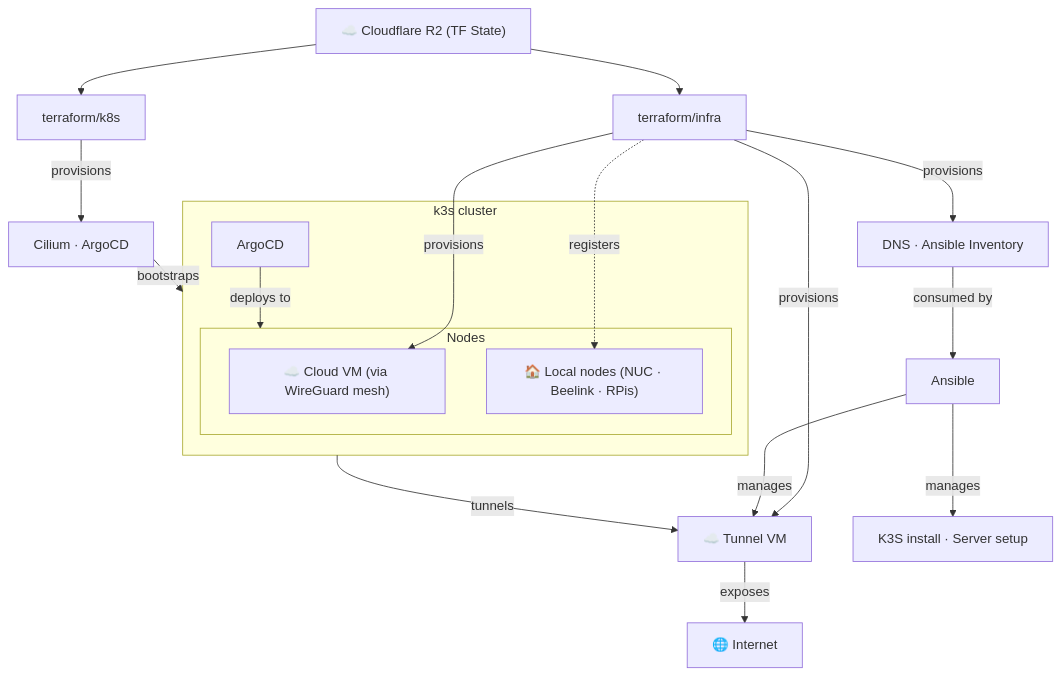
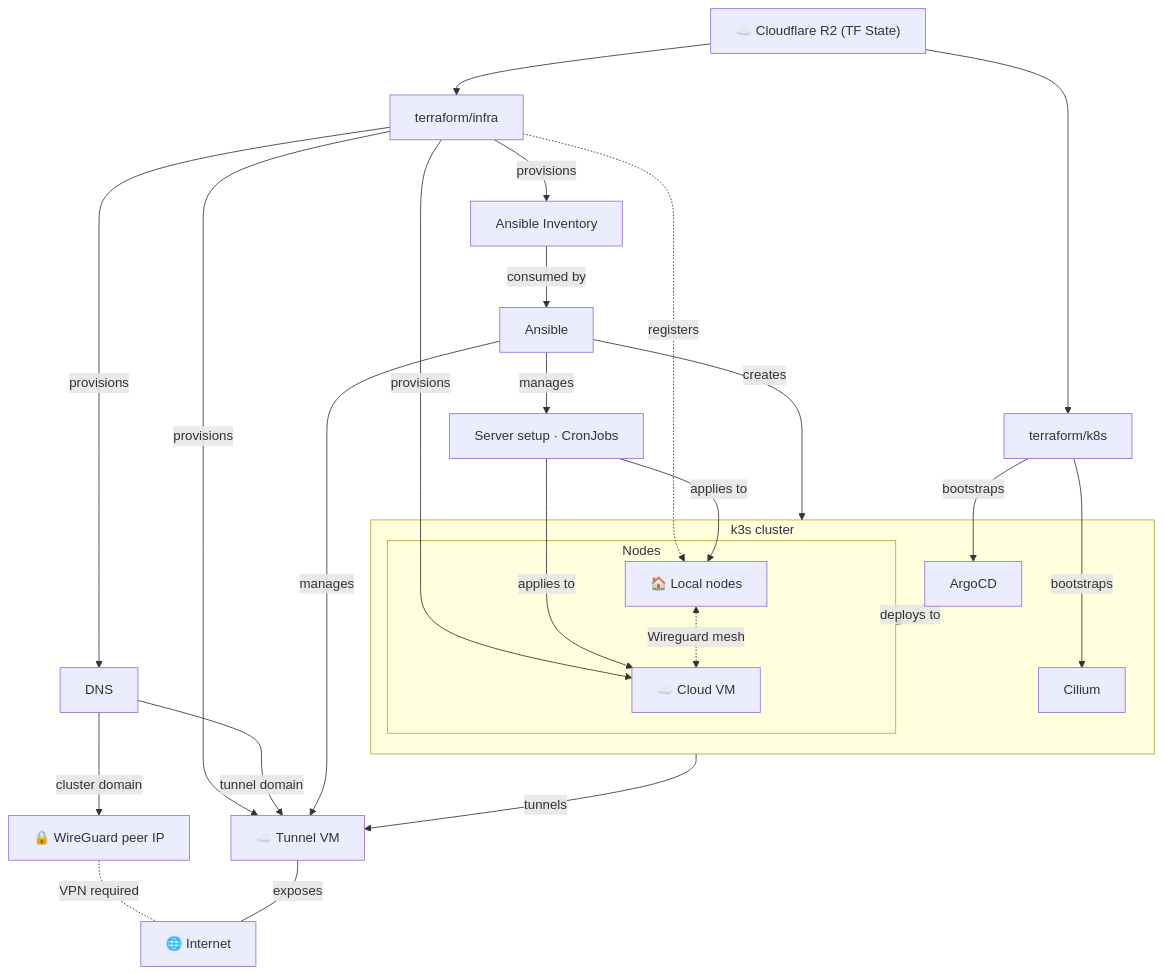
One commit to rem1niscence/homelab changed the diagram in README.md. Above: the diagram before and after it, drawn with Mermaid. The commit also changed other lines of this file, not shown here.

Commit message:
docs: improve general diagram

````diff
--- a/README.md
+++ b/README.md
@@ -35,35 +35,49 @@
 ```mermaid
 flowchart TD
     R2["☁️ Cloudflare R2 (TF State)"]
 
     R2 --> TF_INFRA
     R2 --> TF_K8S
 
     TF_INFRA["terraform/infra"]
-    TF_INFRA -->|provisions| INFRA_RESOURCES["DNS · Ansible Inventory"]
-    TF_K8S["terraform/k8s"] --> |provisions| K8S_RESOURCES["Cilium · ArgoCD"]
+    TF_INFRA -->|provisions| INFRA_RESOURCES["Ansible Inventory"]
+    
+    TF_INFRA -->|provisions| INFRA_DNS["DNS"]
+    INFRA_DNS -->|cluster domain| WG_PEER["🔒 WireGuard peer IP"] -.-|VPN required| INTERNET
 
     TUNNEL_VM["☁️ Tunnel VM"]
     INTERNET["🌐 Internet"]
 
     TF_INFRA -->|provisions| CLOUD_VM
+    TF_INFRA -.->|registers| LOCAL
     TF_INFRA -->|provisions| TUNNEL_VM
-    TF_INFRA -.->|registers| LOCAL
+
+    INFRA_DNS -->|tunnel domain| TUNNEL_VM
+
 
     INFRA_RESOURCES -->|consumed by| ANSIBLE["Ansible"]
-    ANSIBLE -->|manages| ANSIBLE_RESOURCES["K3S install · Server setup"]
+    ANSIBLE -->|manages| ANSIBLE_RESOURCES["Server setup · CronJobs"]
+    ANSIBLE --->|creates| CLUSTER
     ANSIBLE -->|manages| TUNNEL_VM
-    K8S_RESOURCES -->|bootstraps| CLUSTER
+
+    ANSIBLE_RESOURCES -->|applies to| CLOUD_VM
+    ANSIBLE_RESOURCES -->|applies to| LOCAL
 
     subgraph CLUSTER["k3s cluster"]
         subgraph NODES["Nodes"]
-            CLOUD_VM["☁️ Cloud VM (via WireGuard mesh)"]
-            LOCAL["🏠 Local nodes (NUC · Beelink · RPis)"]
+            CLOUD_VM["☁️ Cloud VM"]
+            LOCAL <.->|Wireguard mesh| CLOUD_VM
+            LOCAL["🏠 Local nodes"]
         end
         ARGOCD["ArgoCD"]
         ARGOCD -->|deploys to| NODES
+        CILIUM["Cilium"]
     end
 
+    TF_K8S["terraform/k8s"]
+    TF_K8S -->|bootstraps| ARGOCD
+    TF_K8S --->|bootstraps| CILIUM
+
     CLUSTER -->|tunnels| TUNNEL_VM
-    TUNNEL_VM -->|exposes| INTERNET
+    TUNNEL_VM --- |exposes| INTERNET
 ```
````
